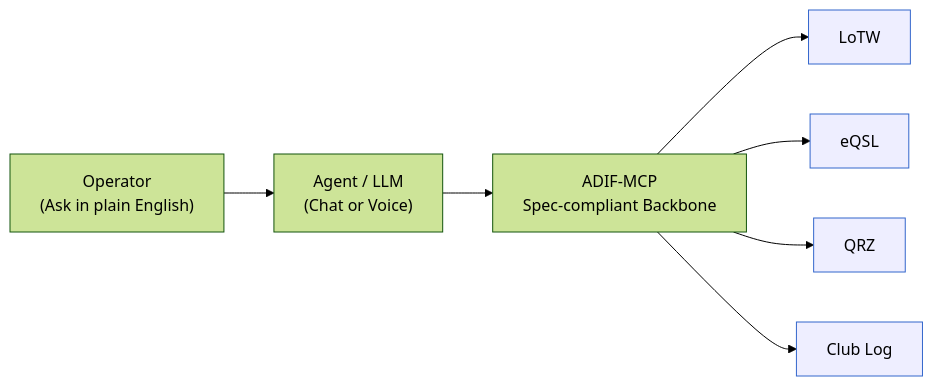
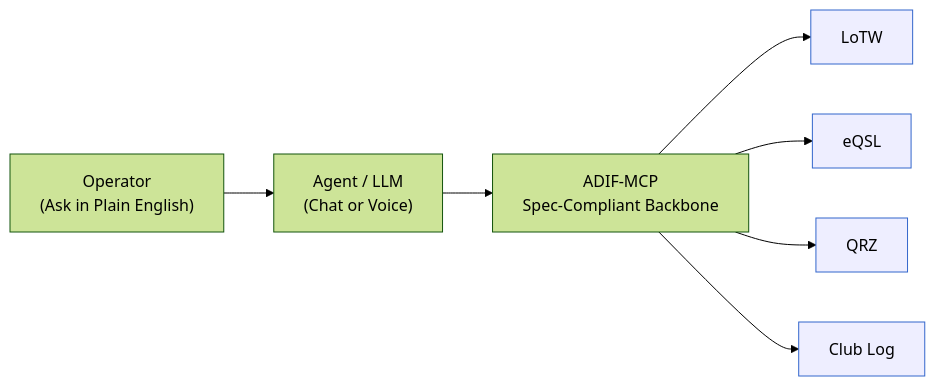
One commit to KI7MT/adif-mcp changed the diagram in docs/concepts/overview.md. Above: the diagram before and after it, drawn with Mermaid (forest theme). The commit also changed 2 other files, not shown here.

Commit message:
docs(update): Updates regarding mermaid imge semantics

````diff
--- a/docs/concepts/overview.md
+++ b/docs/concepts/overview.md
@@ -43,12 +43,12 @@
 ```mermaid
 flowchart LR
-  A["Operator<br/>(Ask in plain English)"] --> B["Agent / LLM<br/>(Chat or Voice)"]
-  B --> C["ADIF-MCP<br/>Spec-compliant Backbone"]
+  A["Operator<br/>(Ask in Plain English)"] --> B["Agent / LLM<br/>(Chat or Voice)"]
+  B --> C["ADIF-MCP<br/>Spec-Compliant Backbone"]
   C --> D[LoTW]
   C --> E[eQSL]
   C --> F[QRZ]
   C --> G[Club Log]
 
   classDef service fill:#eef,stroke:#36c,stroke-width:1px;
   class D,E,F,G service;
 ```
````
